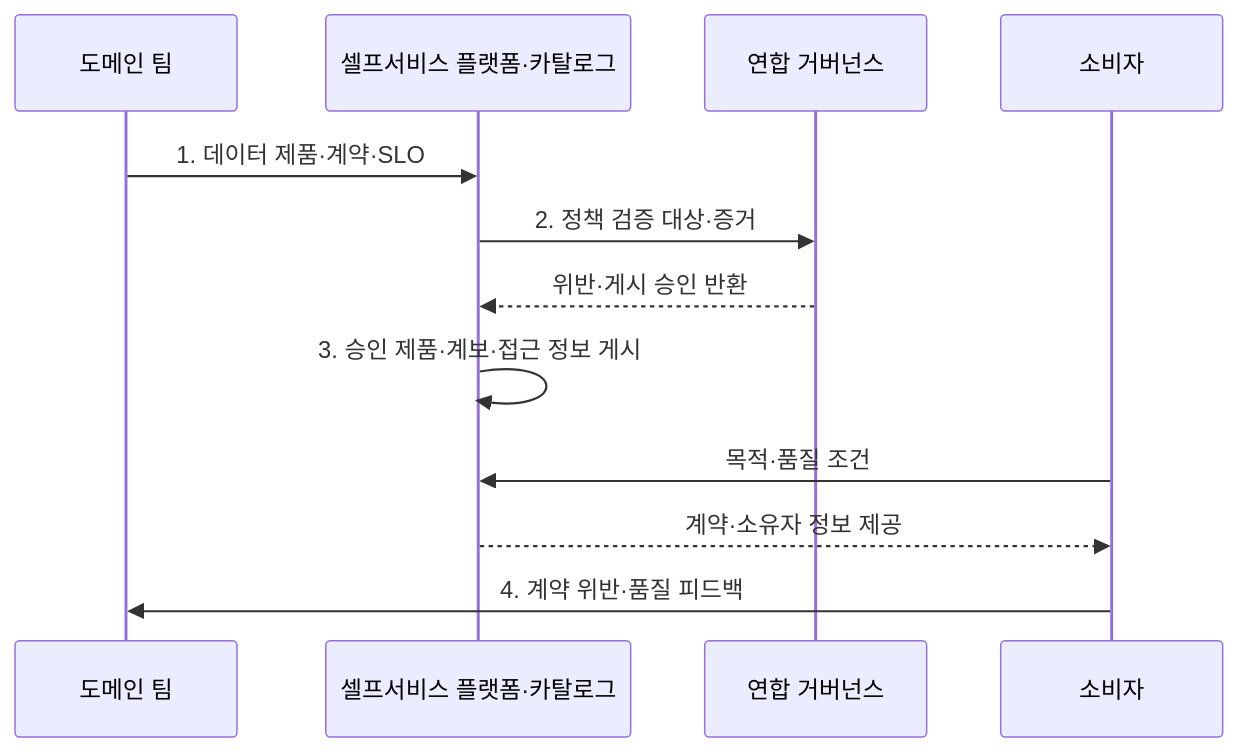
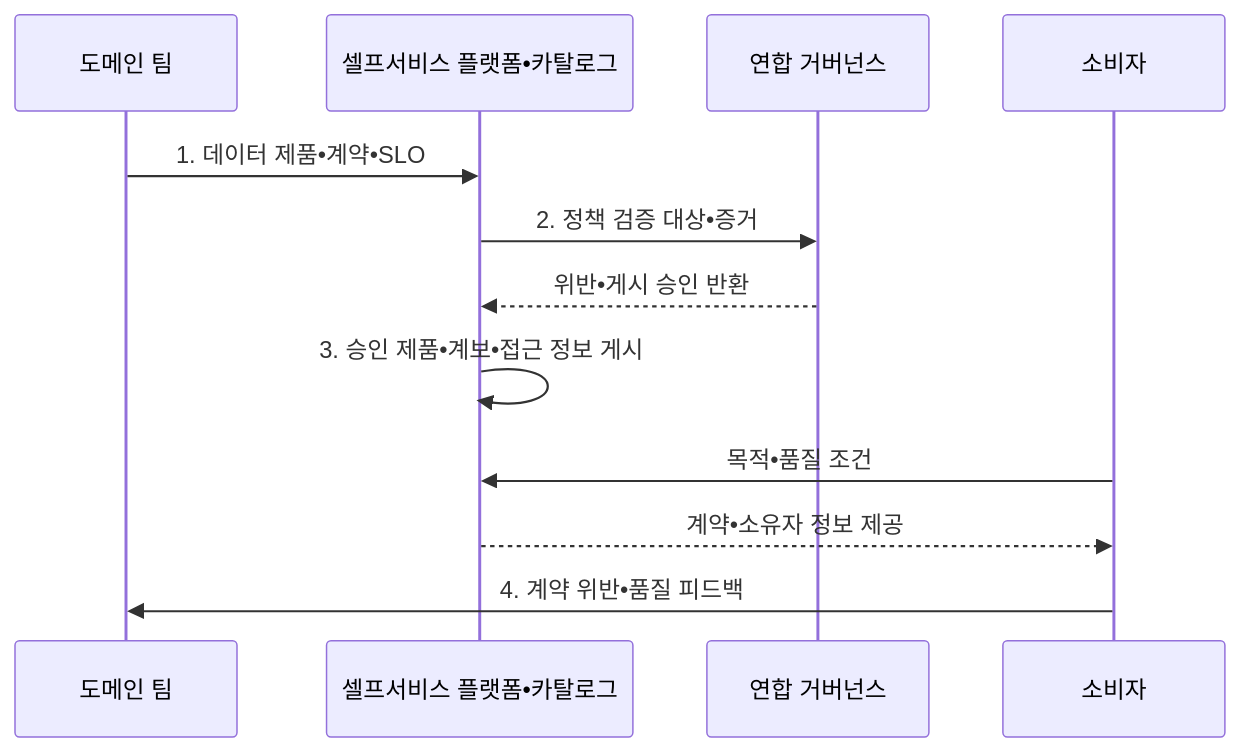
Before and after one commit to agnusdei1207/knowledge-base: the second of 2 diagrams in src/content/docs/notes/03-software/131_data_mesh.md, drawn with Mermaid. The commit also changed other lines of this file and 953 other files, not shown here.

````diff
--- a/src/content/docs/notes/03-software/131_data_mesh.md
+++ b/src/content/docs/notes/03-software/131_data_mesh.md
@@ -111,14 +111,14 @@
 ```mermaid
 sequenceDiagram
     participant D as 도메인 팀
-    participant S as 셀프서비스 플랫폼·카탈로그
+    participant S as 셀프서비스 플랫폼•카탈로그
     participant G as 연합 거버넌스
     participant U as 소비자
-    D->>S: 1. 데이터 제품·계약·SLO
-    S->>G: 2. 정책 검증 대상·증거
-    G-->>S: 위반·게시 승인 반환
-    S->>S: 3. 승인 제품·계보·접근 정보 게시
-    U->>S: 목적·품질 조건
-    S-->>U: 계약·소유자 정보 제공
-    U->>D: 4. 계약 위반·품질 피드백
+    D->>S: 1. 데이터 제품•계약•SLO
+    S->>G: 2. 정책 검증 대상•증거
+    G-->>S: 위반•게시 승인 반환
+    S->>S: 3. 승인 제품•계보•접근 정보 게시
+    U->>S: 목적•품질 조건
+    S-->>U: 계약•소유자 정보 제공
+    U->>D: 4. 계약 위반•품질 피드백
 ```
````
